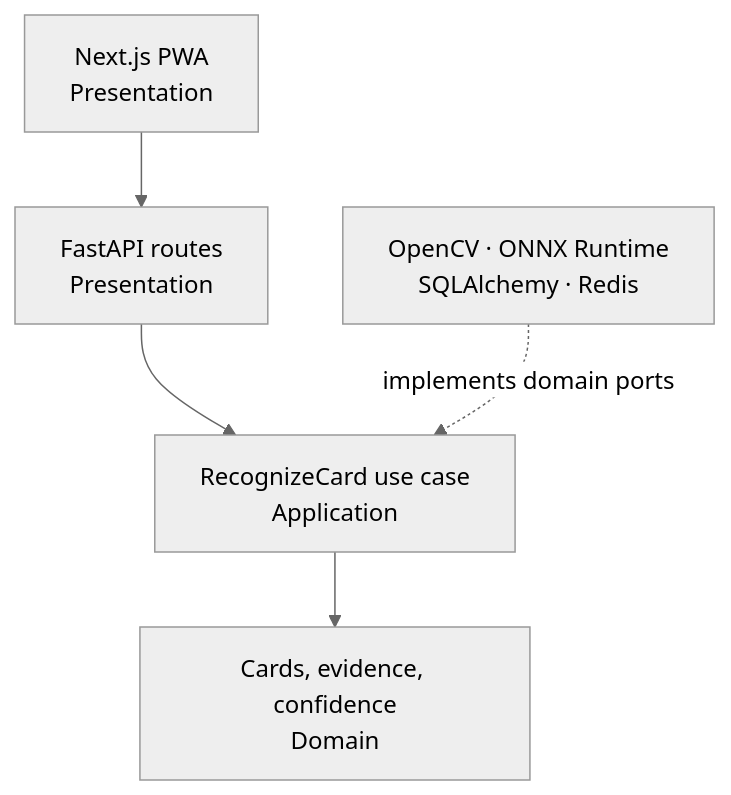
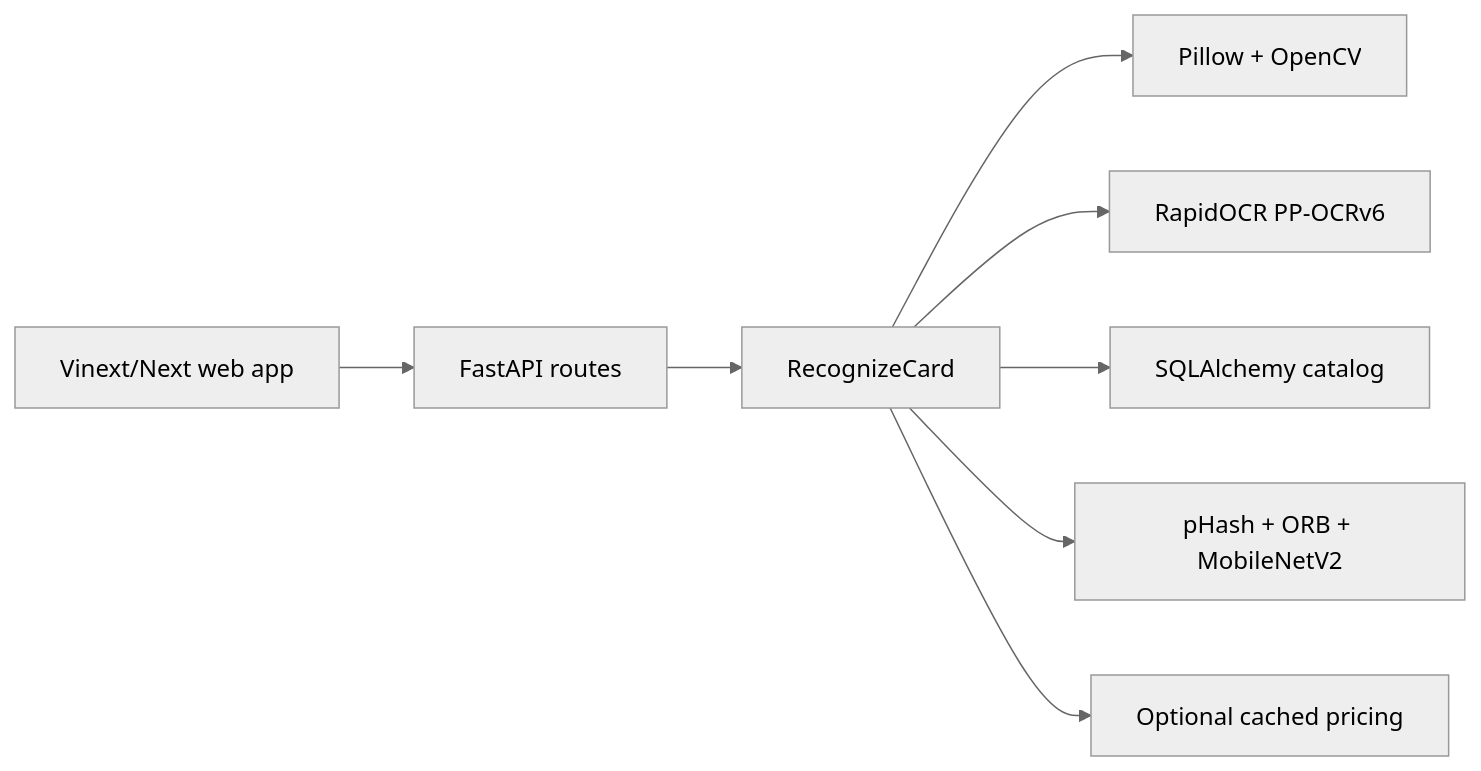
The diagram in docs/architecture.md (AaronDN1/PokeScan), drawn with Mermaid (neutral theme) before and after one commit. The commit also changed other lines of this file and 70 other files, not shown here.

````diff
--- a/docs/architecture.md
+++ b/docs/architecture.md
@@ -5,7 +5,9 @@
 ```mermaid
-flowchart TD
-  PWA["Next.js PWA<br/>Presentation"] --> API["FastAPI routes<br/>Presentation"]
-  API --> UC["RecognizeCard use case<br/>Application"]
-  UC --> DOMAIN["Cards, evidence, confidence<br/>Domain"]
-  INFRA["OpenCV · ONNX Runtime<br/>SQLAlchemy · Redis"] -. "implements domain ports" .-> UC
+flowchart LR
+  W["Vinext/Next web app"] --> A["FastAPI routes"] --> U["RecognizeCard"]
+  U --> V["Pillow + OpenCV"]
+  U --> O["RapidOCR PP-OCRv6"]
+  U --> R["SQLAlchemy catalog"]
+  U --> M["pHash + ORB + MobileNetV2"]
+  U --> P["Optional cached pricing"]
 ```
````
